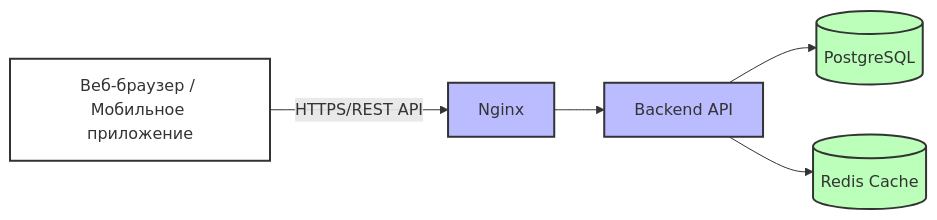
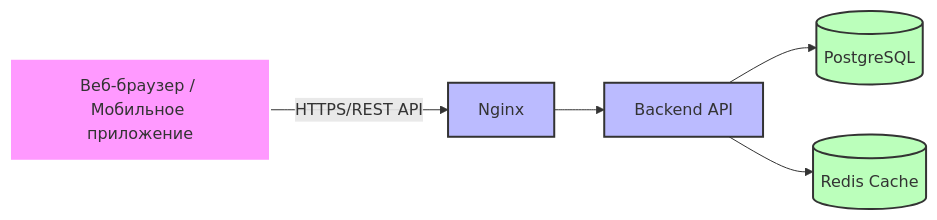
Before and after one commit to luzstrik/project-system-vvsu: the first of 2 diagrams in 8.md, drawn with Mermaid.

````diff
--- a/8.md
+++ b/8.md
@@ -9,15 +9,15 @@
 ```mermaid
 graph LR
     A[Веб-браузер / Мобильное приложение] -->|HTTPS/REST API| B[Nginx]
     B --> C["Backend API"]
     C --> D[(PostgreSQL)]
     C --> E[(Redis Cache)]
     
-    classDef client fill:#FFFFFF,stroke:#333,stroke-width:2px;
+    classDef client fill:#f9f,stroke:#FFFFFF,stroke-width:2px;
     classDef server fill:#bbf,stroke:#333,stroke-width:2px;
     classDef db fill:#bfb,stroke:#333,stroke-width:2px;
     
     class A client;
     class B,C server;
     class D,E db;
 ```
````
